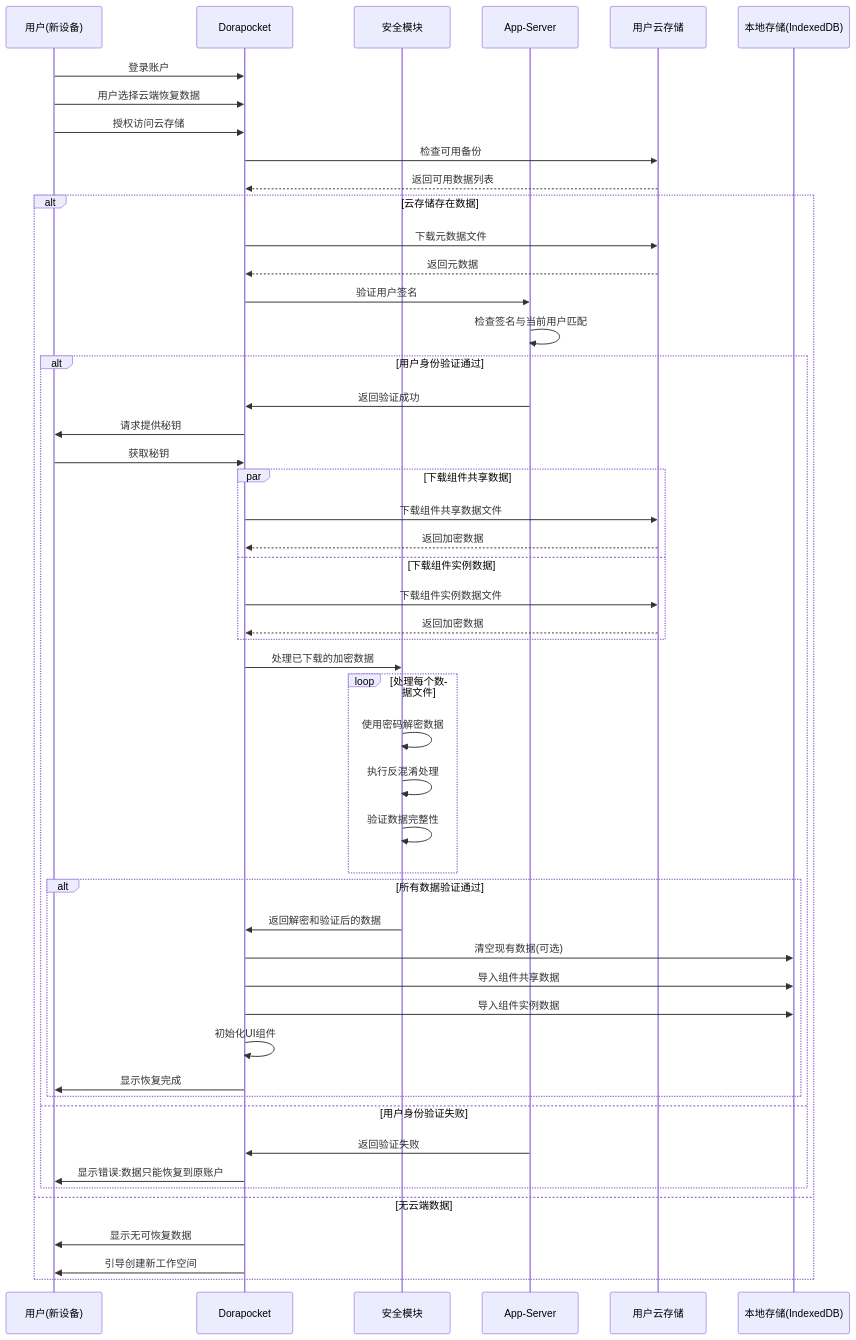
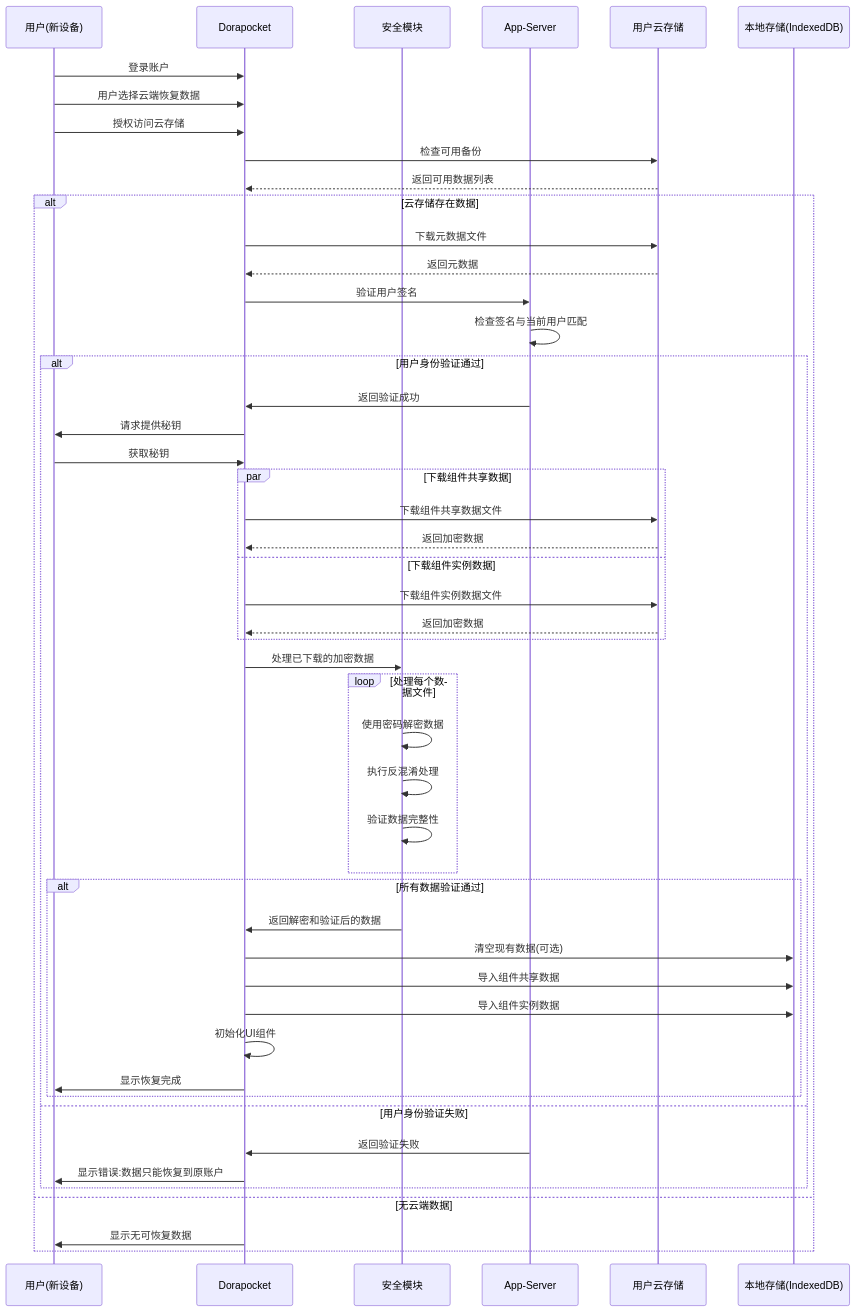
The diagram in all/未命名-34.md (yingjianzh/iodraw-files), drawn with Mermaid before and after one commit.

Commit message:
2025-04-17 17:10:22 update

````diff
--- a/all/未命名-34.md
+++ b/all/未命名-34.md
@@ -1,65 +1,64 @@
 ```mermaid
 sequenceDiagram
     participant User as 用户(新设备)
     participant App as Dorapocket
     participant Security as 安全模块
     participant AppServer as App-Server
     participant UserCloud as 用户云存储
     participant LocalDB as 本地存储(IndexedDB)
     
     User->>App: 登录账户
     User->>App: 用户选择云端恢复数据
     User->>App: 授权访问云存储
     
     App->>UserCloud: 检查可用备份
     UserCloud-->>App: 返回可用数据列表
     
     alt 云存储存在数据
         
         App->>UserCloud: 下载元数据文件
         UserCloud-->>App: 返回元数据
         
         App->>AppServer: 验证用户签名
         AppServer->>AppServer: 检查签名与当前用户匹配
         
         alt 用户身份验证通过
             AppServer->>App: 返回验证成功
             
             App->>User: 请求提供秘钥
             User->>App: 获取秘钥
             
             par 下载组件共享数据
                 App->>UserCloud: 下载组件共享数据文件
                 UserCloud-->>App: 返回加密数据
             and 下载组件实例数据
                 App->>UserCloud: 下载组件实例数据文件
                 UserCloud-->>App: 返回加密数据
             end
             
             App->>Security: 处理已下载的加密数据
             loop 处理每个数据文件
                 Security->>Security: 使用密码解密数据
                 Security->>Security: 执行反混淆处理
                 Security->>Security: 验证数据完整性
             end
             
             alt 所有数据验证通过
                 Security->>App: 返回解密和验证后的数据
                 
                 App->>LocalDB: 清空现有数据(可选)
                 App->>LocalDB: 导入组件共享数据
                 App->>LocalDB: 导入组件实例数据
                 
                 App->>App: 初始化UI组件
                 App->>User: 显示恢复完成
-            
             end
         else 用户身份验证失败
             AppServer->>App: 返回验证失败
             App->>User: 显示错误:数据只能恢复到原账户
         end
     else 无云端数据
         App->>User: 显示无可恢复数据
-        App->>User: 引导创建新工作空间
+        
     end
 ```
````
